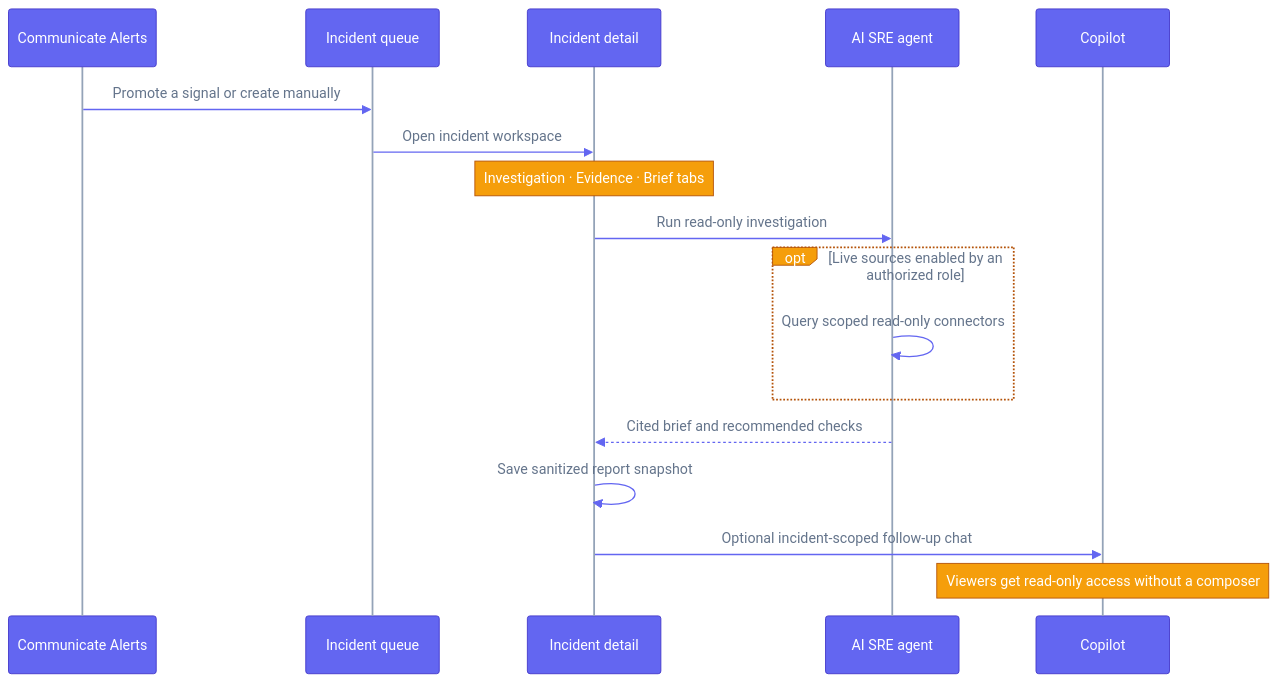
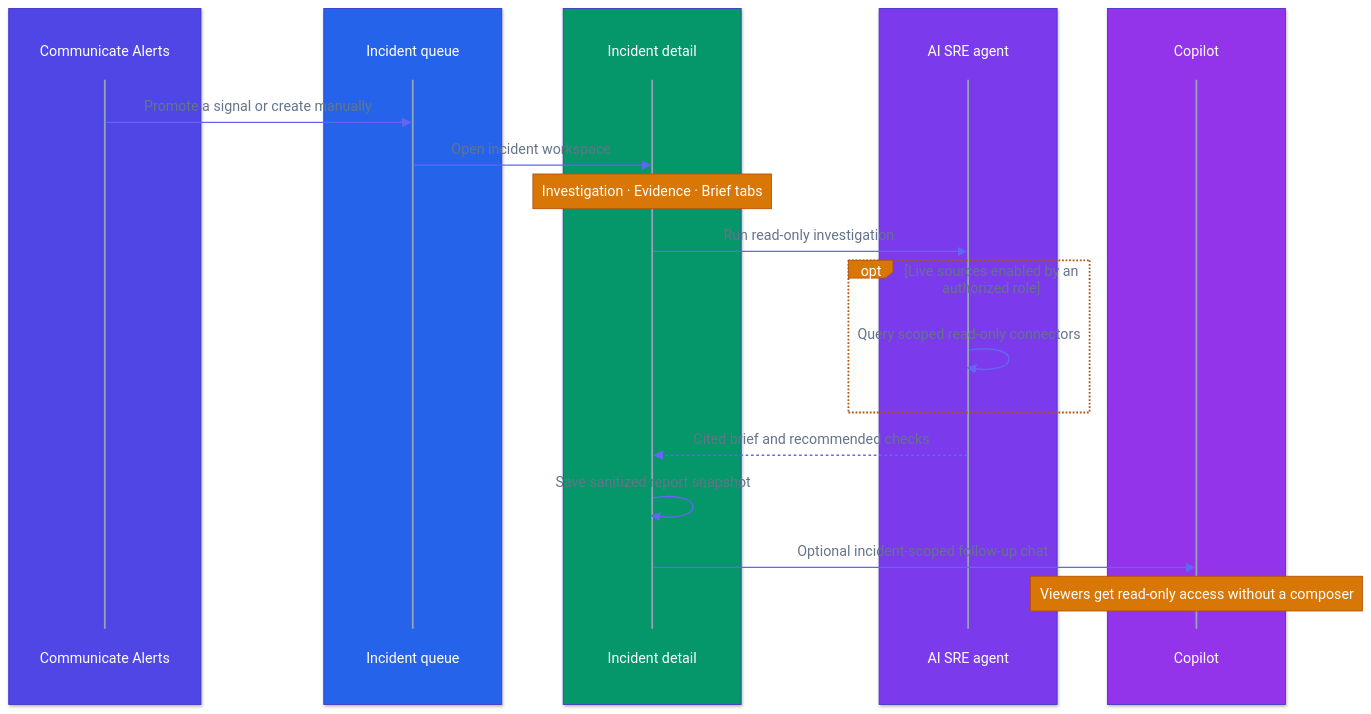
The diagram in docs/content/docs/app/investigate/incidents.mdx (supercheck-io/supercheck), drawn with Mermaid before and after one commit. The commit also changed 14 other files, not shown here.

First line of the commit message:
docs: reorganize architecture diagram and add color to sequence diagrams

````diff
--- a/docs/content/docs/app/investigate/incidents.mdx
+++ b/docs/content/docs/app/investigate/incidents.mdx
@@ -16,21 +16,31 @@
 ```mermaid
-%%{init: {"theme":"base","themeVariables":{"fontFamily":"ui-sans-serif, system-ui, -apple-system, Segoe UI, Roboto, sans-serif","primaryColor":"#6366f1","primaryTextColor":"#ffffff","primaryBorderColor":"#4338ca","lineColor":"#94a3b8","actorBkg":"#6366f1","actorBorder":"#4338ca","actorTextColor":"#ffffff","actorLineColor":"#94a3b8","signalColor":"#6366f1","signalTextColor":"#64748b","labelBoxBkgColor":"#f59e0b","labelBoxBorderColor":"#b45309","labelTextColor":"#ffffff","loopTextColor":"#64748b","activationBkgColor":"#8b5cf6","activationBorderColor":"#6d28d9","noteBkgColor":"#f59e0b","noteBorderColor":"#b45309","noteTextColor":"#ffffff","textColor":"#64748b","mainBkg":"#ffffff"}}}%%
+%%{init: {"theme":"base","themeVariables":{"fontFamily":"ui-sans-serif, system-ui, -apple-system, Segoe UI, Roboto, sans-serif","primaryColor":"#6366f1","primaryTextColor":"#ffffff","primaryBorderColor":"#4338ca","lineColor":"#94a3b8","actorBkg":"transparent","actorBorder":"transparent","actorTextColor":"#ffffff","actorLineColor":"#94a3b8","signalColor":"#6366f1","signalTextColor":"#64748b","labelBoxBkgColor":"#d97706","labelBoxBorderColor":"#b45309","labelTextColor":"#ffffff","loopTextColor":"#64748b","activationBkgColor":"#7c3aed","activationBorderColor":"#6d28d9","noteBkgColor":"#d97706","noteBorderColor":"#b45309","noteTextColor":"#ffffff","textColor":"#64748b","mainBkg":"#ffffff"}}}%%
 sequenceDiagram
-    participant Alerts as Communicate Alerts
-    participant Inc as Incident queue
-    participant Detail as Incident detail
-    participant Agent as AI SRE agent
-    participant Copilot as Copilot
+    box rgb(79,70,229)
+        participant Alerts as Communicate Alerts
+    end
+    box rgb(37,99,235)
+        participant Inc as Incident queue
+    end
+    box rgb(5,150,105)
+        participant Detail as Incident detail
+    end
+    box rgb(124,58,237)
+        participant Agent as AI SRE agent
+    end
+    box rgb(147,51,234)
+        participant Copilot as Copilot
+    end
 
     Alerts->>Inc: Promote a signal or create manually
     Inc->>Detail: Open incident workspace
     Note over Detail: Investigation · Evidence · Brief tabs
     Detail->>Agent: Run read-only investigation
     opt Live sources enabled by an authorized role
         Agent->>Agent: Query scoped read-only connectors
     end
     Agent-->>Detail: Cited brief and recommended checks
     Detail->>Detail: Save sanitized report snapshot
     Detail->>Copilot: Optional incident-scoped follow-up chat
     Note over Copilot: Viewers get read-only access without a composer
 ```
````
